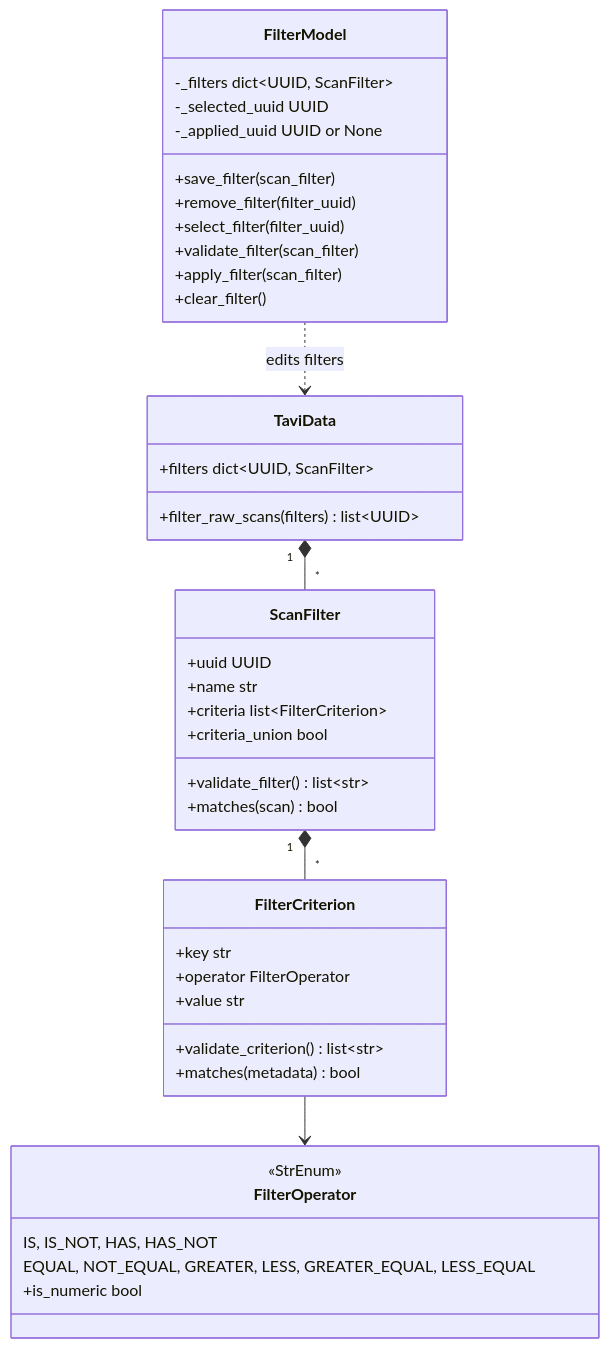
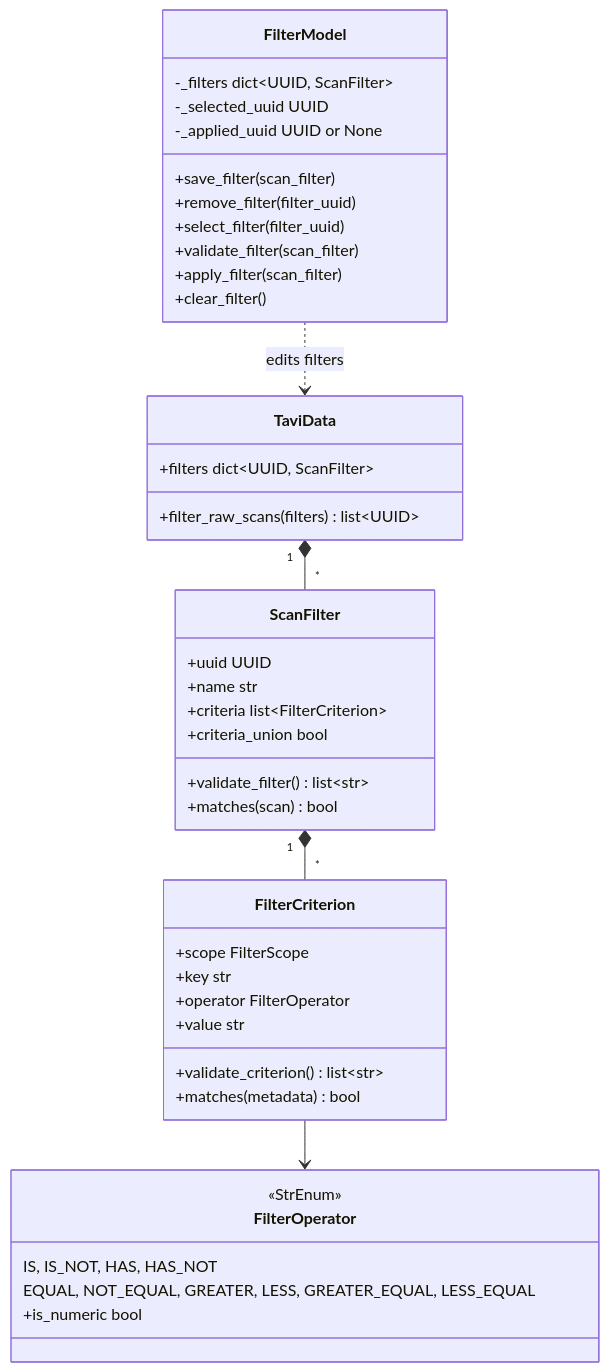
The first of 3 diagrams in docs/source/design/frontend/filter_model.rst (neutrons/TAVI), drawn with Mermaid before and after one commit. The commit also changed other lines of this file, not shown here.

Commit message:
Include scope information in docs

```diff
--- a/docs/source/design/frontend/filter_model.rst
+++ b/docs/source/design/frontend/filter_model.rst
@@ -23,43 +23,44 @@
 .. mermaid::
 
     classDiagram
         class FilterOperator {
             <<StrEnum>>
             IS, IS_NOT, HAS, HAS_NOT
             EQUAL, NOT_EQUAL, GREATER, LESS, GREATER_EQUAL, LESS_EQUAL
             +is_numeric bool
         }
         class FilterCriterion {
+            +scope FilterScope
             +key str
             +operator FilterOperator
             +value str
             +validate_criterion() list~str~
             +matches(metadata) bool
         }
         class ScanFilter {
             +uuid UUID
             +name str
             +criteria list~FilterCriterion~
             +criteria_union bool
             +validate_filter() list~str~
             +matches(scan) bool
         }
         class FilterModel {
             -_filters dict~UUID, ScanFilter~
             -_selected_uuid UUID
             -_applied_uuid UUID or None
             +save_filter(scan_filter)
             +remove_filter(filter_uuid)
             +select_filter(filter_uuid)
             +validate_filter(scan_filter)
             +apply_filter(scan_filter)
             +clear_filter()
         }
         class TaviData {
             +filters dict~UUID, ScanFilter~
             +filter_raw_scans(filters) list~UUID~
         }
         ScanFilter "1" *-- "*" FilterCriterion
         FilterCriterion --> FilterOperator
         TaviData "1" *-- "*" ScanFilter
         FilterModel ..> TaviData : edits filters
```
